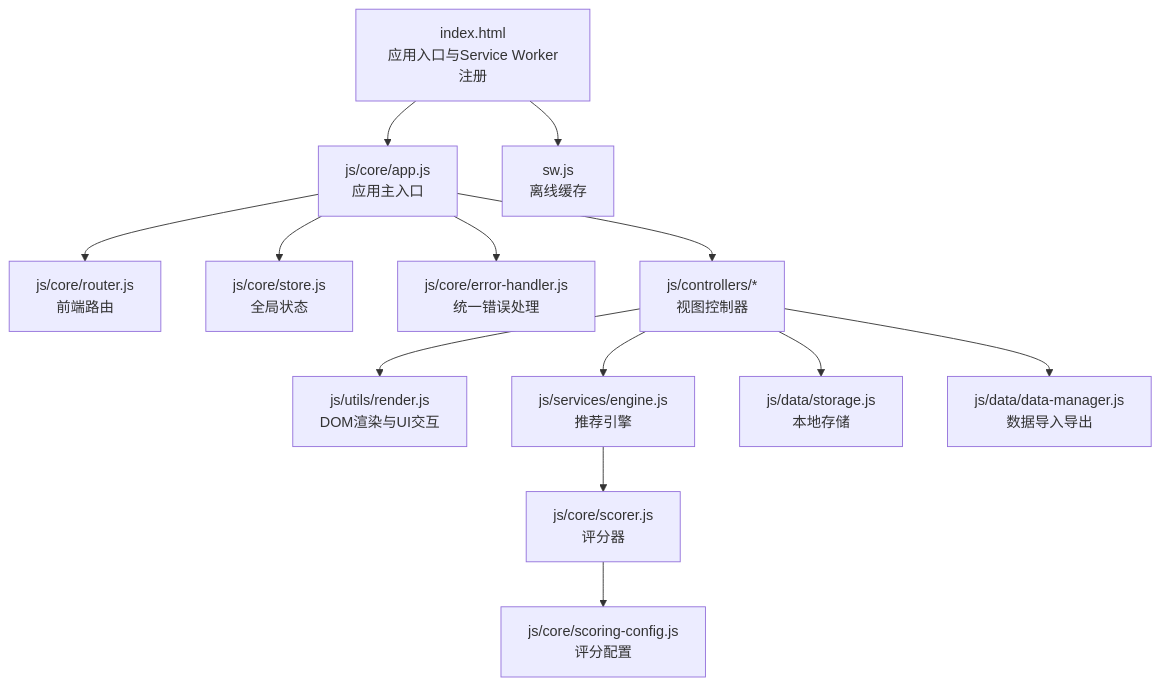
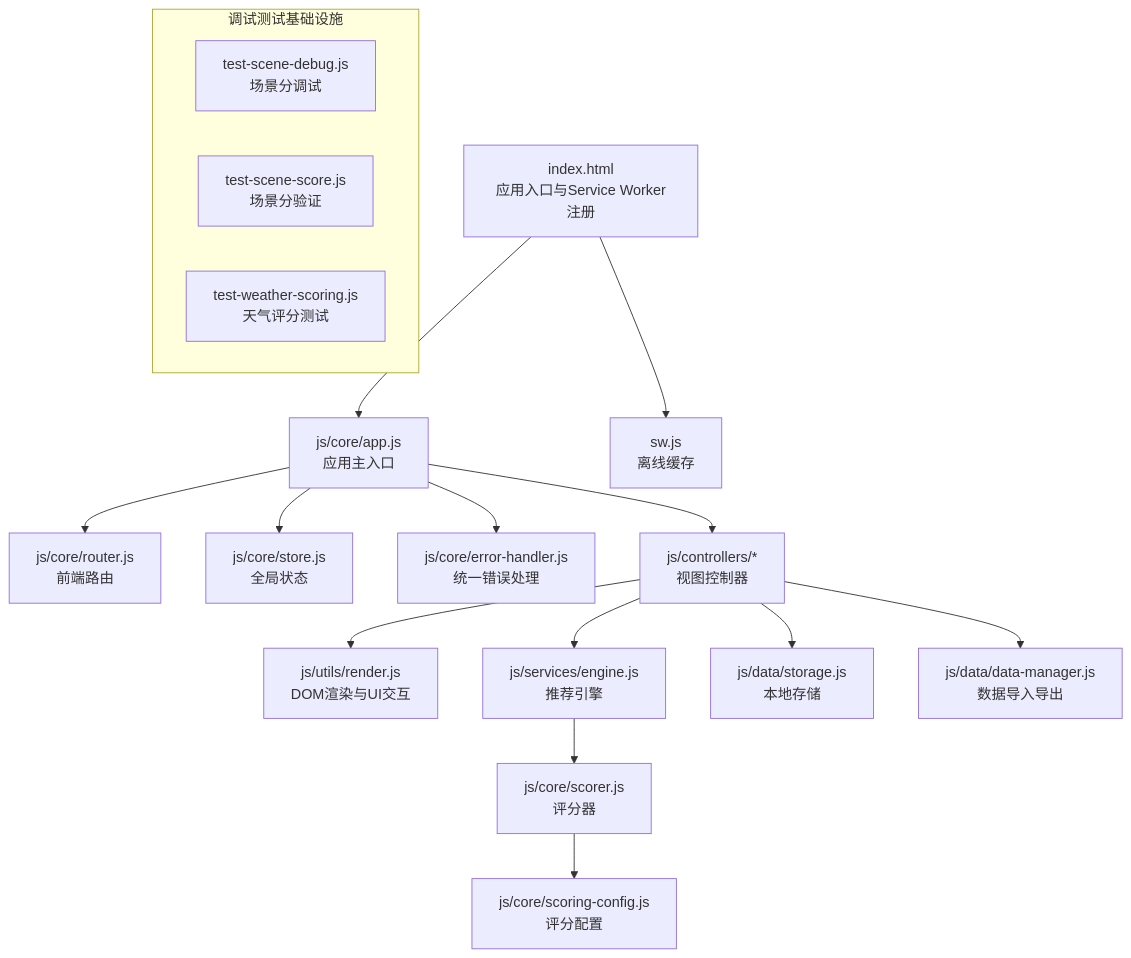
Before and after one commit to jeankeim/wuxing-fashion: the first of 9 diagrams in .qoder/repowiki/zh/content/开发指南/测试与调试.md, drawn with Mermaid. The commit also changed other lines of this file and 27 other files, not shown here.

````diff
--- a/.qoder/repowiki/zh/content/开发指南/测试与调试.md
+++ b/.qoder/repowiki/zh/content/开发指南/测试与调试.md
@@ -40,15 +46,20 @@
 ```mermaid
 graph TB
 A["index.html<br/>应用入口与Service Worker注册"] --> B["js/core/app.js<br/>应用主入口"]
 B --> C["js/core/router.js<br/>前端路由"]
 B --> D["js/core/store.js<br/>全局状态"]
 B --> E["js/core/error-handler.js<br/>统一错误处理"]
 B --> F["js/controllers/*<br/>视图控制器"]
 F --> G["js/utils/render.js<br/>DOM渲染与UI交互"]
 F --> H["js/services/engine.js<br/>推荐引擎"]
 H --> I["js/core/scorer.js<br/>评分器"]
 I --> J["js/core/scoring-config.js<br/>评分配置"]
 F --> K["js/data/storage.js<br/>本地存储"]
 F --> L["js/data/data-manager.js<br/>数据导入导出"]
 A --> M["sw.js<br/>离线缓存"]
+subgraph "调试测试基础设施"
+T1["test-scene-debug.js<br/>场景分调试"]
+T2["test-scene-score.js<br/>场景分验证"]
+T3["test-weather-scoring.js<br/>天气评分测试"]
+end
 ```
````
